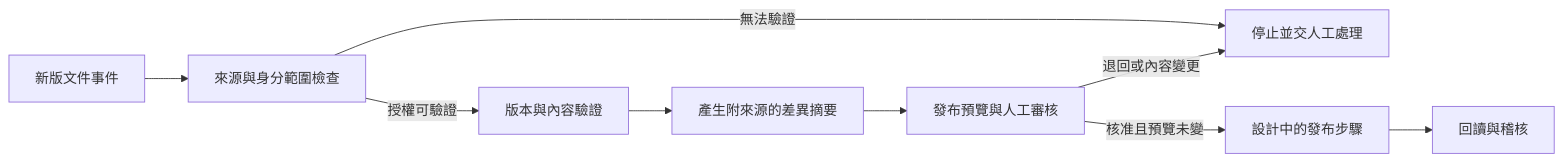
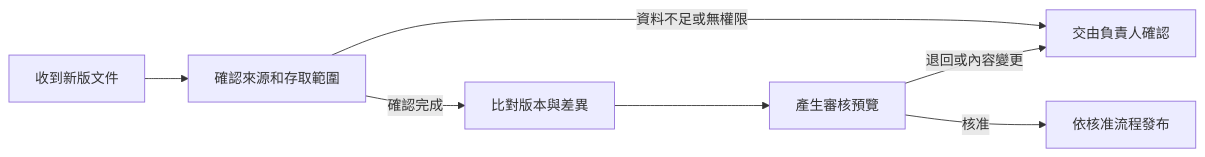
One commit to a275618631/a275618631 changed the diagram in showcase/manufacturing-document-workflow/README.md. Above: the diagram before and after it, drawn with Mermaid. The commit also changed other lines of this file, not shown here.

````diff
--- a/showcase/manufacturing-document-workflow/README.md
+++ b/showcase/manufacturing-document-workflow/README.md
@@ -11,11 +9,9 @@
 ```mermaid
 flowchart LR
-    A[新版文件事件] --> B[來源與身分範圍檢查]
-    B -->|授權可驗證| C[版本與內容驗證]
-    B -->|無法驗證| X[停止並交人工處理]
-    C --> D[產生附來源的差異摘要]
-    D --> E[發布預覽與人工審核]
-    E -->|核准且預覽未變| F[設計中的發布步驟]
-    E -->|退回或內容變更| X
-    F --> G[回讀與稽核]
+    A[收到新版文件] --> B[確認來源和存取範圍]
+    B -->|資料不足或無權限| X[交由負責人確認]
+    B -->|確認完成| C[比對版本與差異]
+    C --> D[產生審核預覽]
+    D -->|核准| E[依核准流程發布]
+    D -->|退回或內容變更| X
 ```
````
